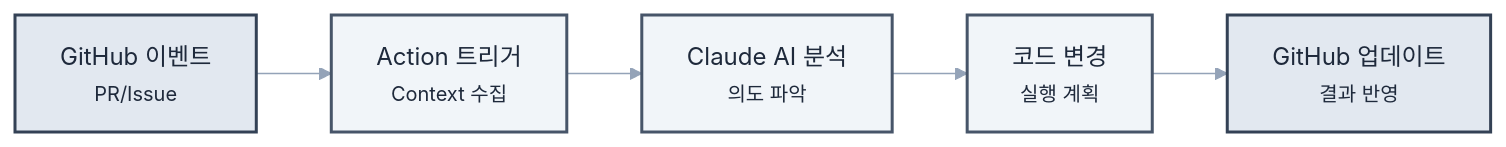
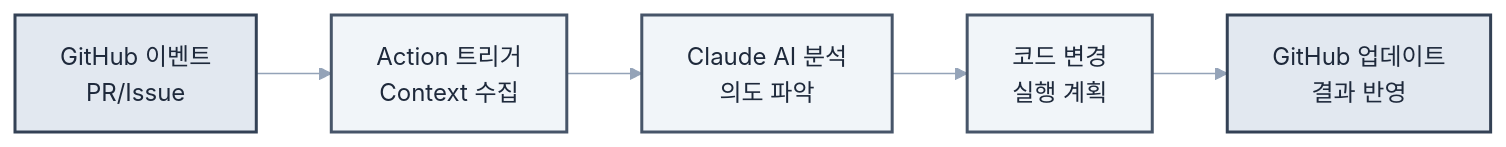
The second of 10 diagrams in book/11-chapter11.md (revfactory/claude-code-mastering), drawn with Mermaid before and after one commit. The commit also changed other lines of this file and 10 other files, not shown here.

First line of the commit message:
fix: 챕터 2-13 Mermaid 다이어그램 텍스트 렌더링 최적화

````diff
--- a/book/11-chapter11.md
+++ b/book/11-chapter11.md
@@ -50,14 +50,14 @@
 ```mermaid
 %%{init: {"theme": "base", "themeVariables": {"primaryColor": "#f8fafc", "primaryTextColor": "#1e293b", "primaryBorderColor": "#e2e8f0", "lineColor": "#94a3b8", "secondaryColor": "#f1f5f9", "tertiaryColor": "#e2e8f0"}}}%%
 flowchart LR
-    A[GitHub 이벤트<br/><small>PR/Issue</small>] --> B[Action 트리거<br/><small>Context 수집</small>]
-    B --> C[Claude AI 분석<br/><small>의도 파악</small>]
-    C --> D[코드 변경<br/><small>실행 계획</small>]
-    D --> E[GitHub 업데이트<br/><small>결과 반영</small>]
+    A[GitHub 이벤트<br/>PR/Issue] --> B[Action 트리거<br/>Context 수집]
+    B --> C[Claude AI 분석<br/>의도 파악]
+    C --> D[코드 변경<br/>실행 계획]
+    D --> E[GitHub 업데이트<br/>결과 반영]
     
     classDef processStyle fill:#e2e8f0,stroke:#334155,stroke-width:2px,color:#1e293b
     classDef actionStyle fill:#f1f5f9,stroke:#475569,stroke-width:2px,color:#1e293b
     
     class A,E processStyle
     class B,C,D actionStyle
 ```
````
